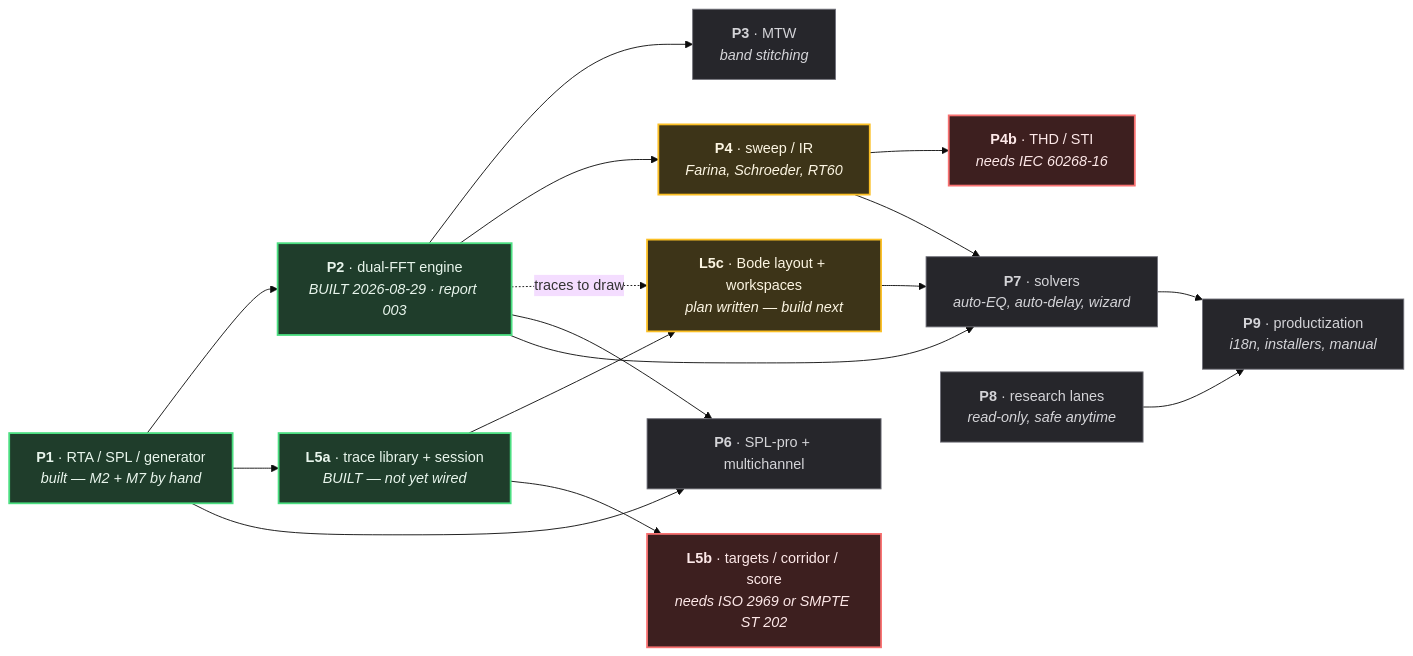
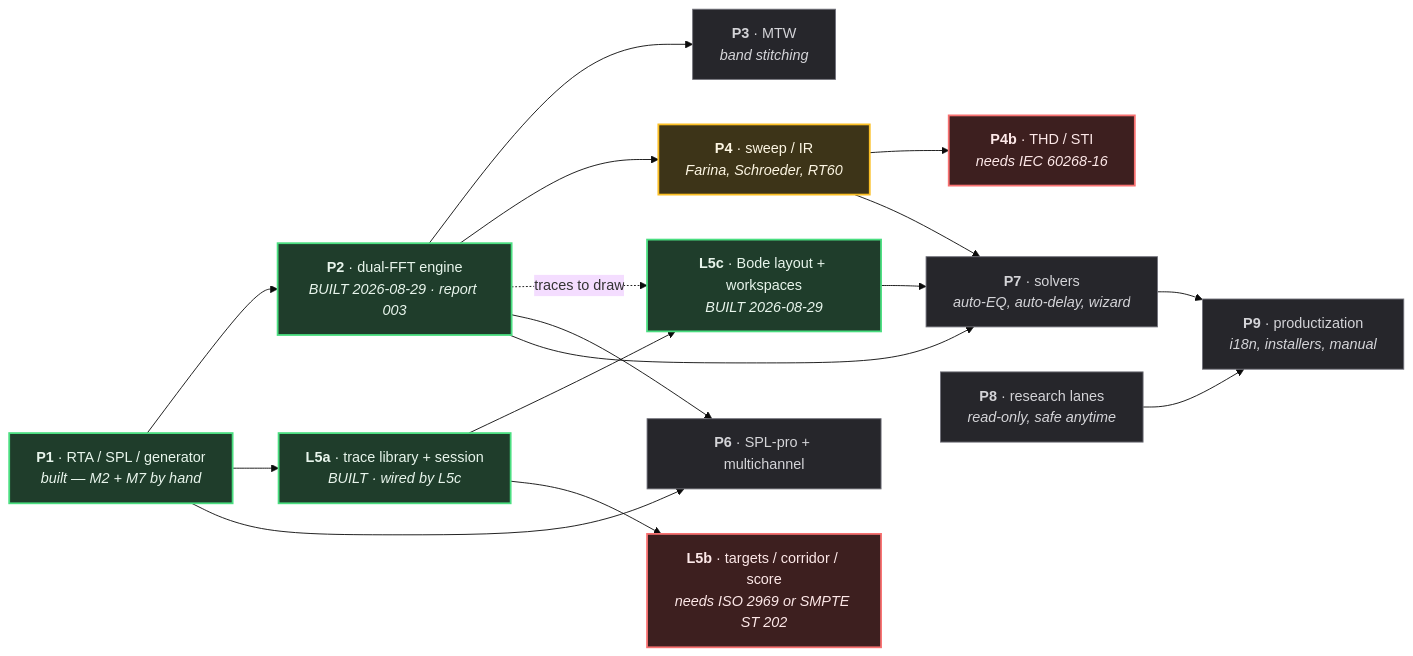
One commit to toanaz-ops/rta-tool changed the diagram in docs/plans/MASTER-EXECUTION-PLAN.md. Above: the diagram before and after it, drawn with Mermaid (base theme). The commit also changed other lines of this file and 2 other files, not shown here.

````diff
--- a/docs/plans/MASTER-EXECUTION-PLAN.md
+++ b/docs/plans/MASTER-EXECUTION-PLAN.md
@@ -46,38 +47,38 @@
 ```mermaid
 graph LR
     P1["<b>P1</b> · RTA / SPL / generator<br/><i>built — M2 + M7 by hand</i>"]
     P2["<b>P2</b> · dual-FFT engine<br/><i>BUILT 2026-08-29 · report 003</i>"]
     P3["<b>P3</b> · MTW<br/><i>band stitching</i>"]
     P4["<b>P4</b> · sweep / IR<br/><i>Farina, Schroeder, RT60</i>"]
     P4b["<b>P4b</b> · THD / STI<br/><i>needs IEC 60268-16</i>"]
-    L5a["<b>L5a</b> · trace library + session<br/><i>BUILT — not yet wired</i>"]
+    L5a["<b>L5a</b> · trace library + session<br/><i>BUILT · wired by L5c</i>"]
     L5b["<b>L5b</b> · targets / corridor / score<br/><i>needs ISO 2969 or SMPTE ST 202</i>"]
-    L5c["<b>L5c</b> · Bode layout + workspaces<br/><i>plan written — build next</i>"]
+    L5c["<b>L5c</b> · Bode layout + workspaces<br/><i>BUILT 2026-08-29</i>"]
     P6["<b>P6</b> · SPL-pro + multichannel"]
     P7["<b>P7</b> · solvers<br/><i>auto-EQ, auto-delay, wizard</i>"]
     P8["<b>P8</b> · research lanes<br/><i>read-only, safe anytime</i>"]
     P9["<b>P9</b> · productization<br/><i>i18n, installers, manual</i>"]
 
     P1 --> P2 --> P3
     P2 --> P4 --> P4b
     P1 --> L5a --> L5c
     L5a --> L5b
     P2 -.->|"traces to draw"| L5c
     P1 --> P6
     P2 --> P6
     P2 --> P7
     P4 --> P7
     L5c --> P7
     P7 --> P9
     P8 --> P9
 
     classDef done fill:#1f3d2b,stroke:#4ade80,stroke-width:2px,color:#e8f5ec
     classDef next fill:#3d3418,stroke:#fbbf24,stroke-width:2px,color:#fdf6e3
     classDef blocked fill:#3d1f1f,stroke:#f87171,stroke-width:2px,color:#fde8e8
     classDef later fill:#26262b,stroke:#71717a,stroke-width:1px,color:#d4d4d8
 
-    class P1,P2,L5a done
-    class L5c,P4 next
+    class P1,P2,L5a,L5c done
+    class P4 next
     class L5b,P4b blocked
     class P3,P6,P7,P8,P9 later
 ```
````
